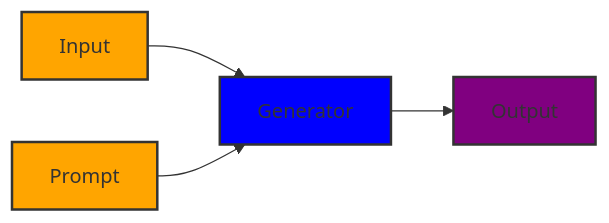
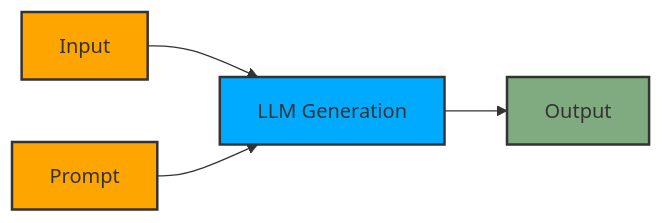
The first of 4 diagrams in docs/Understanding/agents/rag.md (ianderrington/genai), drawn with Mermaid before and after one commit. The commit also changed other lines of this file and 13 other files, not shown here.

````diff
--- a/docs/Understanding/agents/rag.md
+++ b/docs/Understanding/agents/rag.md
@@ -16,11 +15,11 @@
-   ```mermaid
-   graph LR
-    style Input fill:#FFA500,stroke:#333,stroke-width:2px
-    style Prompt fill:#FFA500,stroke:#333,stroke-width:2px
-    style Generator fill:#0000FF,stroke:#333,stroke-width:2px
-    style Output fill:#800080,stroke:#333,stroke-width:2px
-   
-    Input --> Generator
-    Prompt --> Generator
-    Generator --> Output
-   ```
+        ```mermaid
+        graph LR
+            style Input fill:#FFA500,stroke:#333,stroke-width:2px
+            style Prompt fill:#FFA500,stroke:#333,stroke-width:2px
+            style Generator fill:#00AAFF,stroke:#333,stroke-width:2px
+            style Output fill:#80AA80,stroke:#333,stroke-width:2px
+        
+            Input --> Generator[LLM Generation]
+            Prompt --> Generator
+            Generator --> Output
+        ```
````
